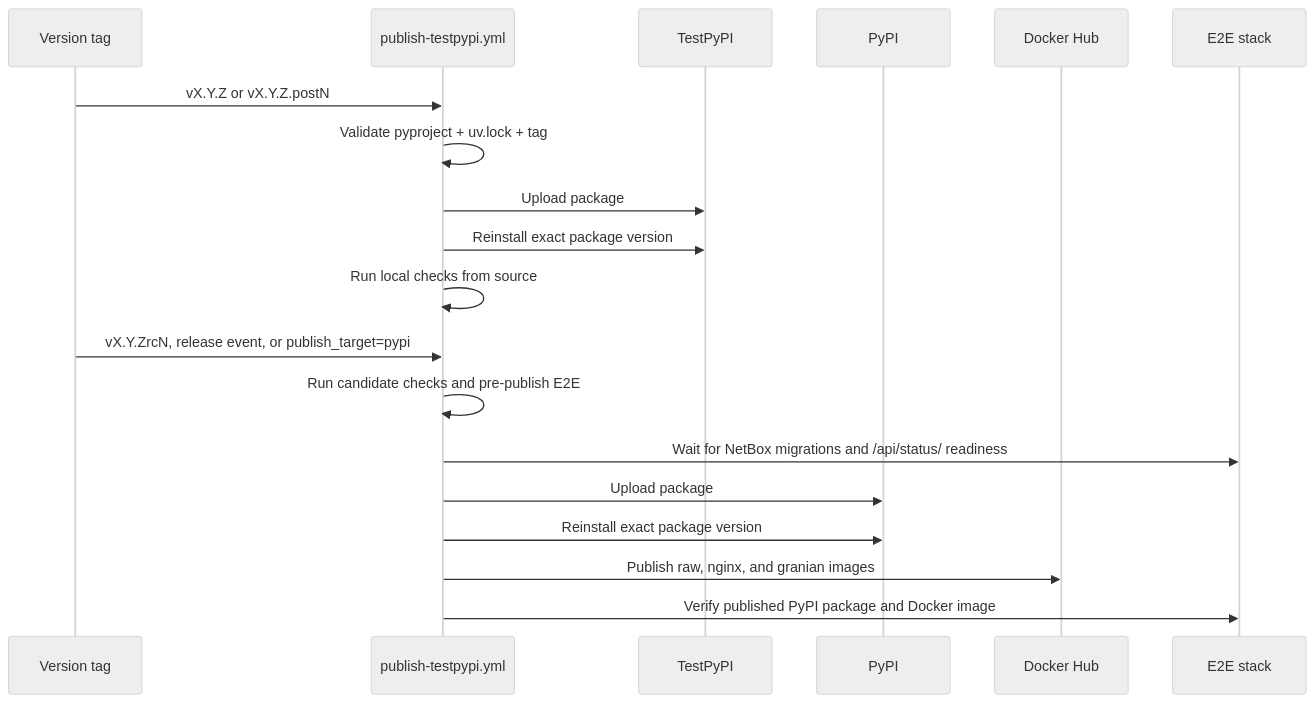
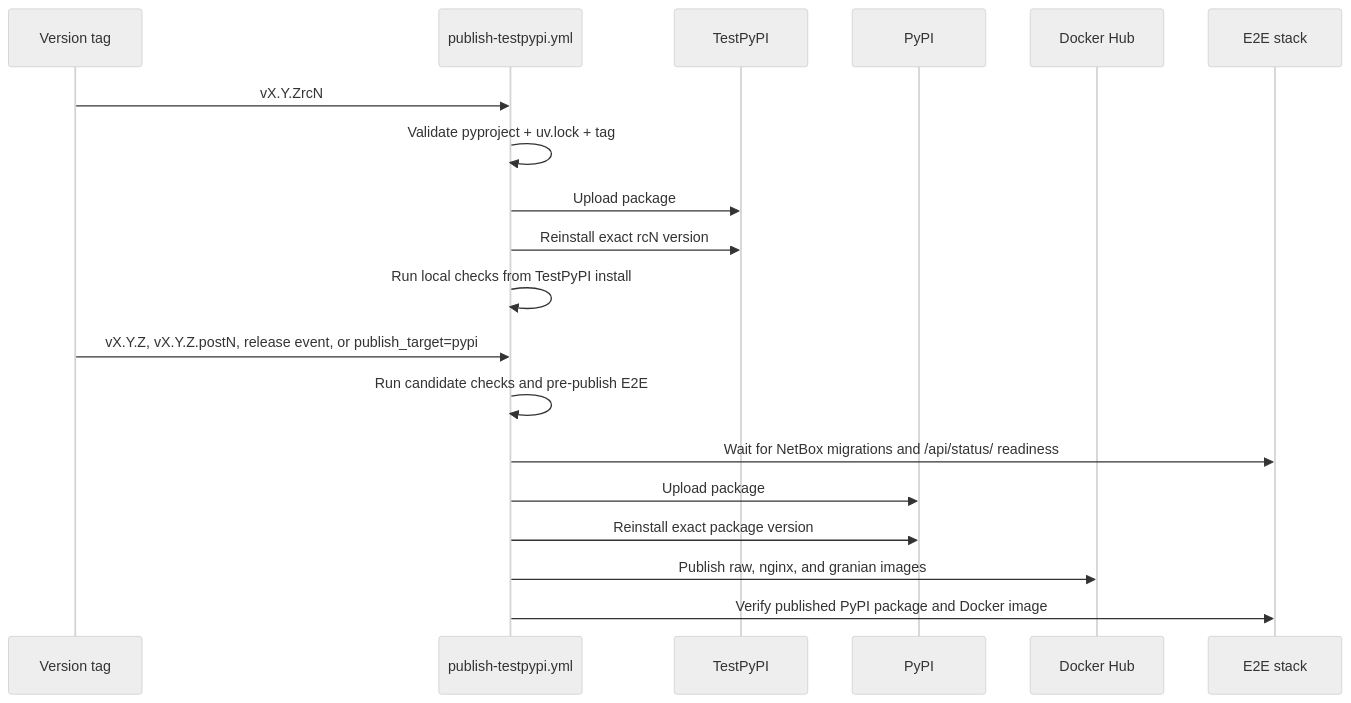
One commit to emersonfelipesp/proxbox-api changed the second of 2 diagrams in docs/development/release-publishing.md. Above: the diagram before and after it, drawn with Mermaid (neutral theme). The commit also changed other lines of this file and 3 other files, not shown here.

First line of the commit message:
docs(release): flip publish convention to rcN -> TestPyPI, non-rc -> PyPI

````diff
--- a/docs/development/release-publishing.md
+++ b/docs/development/release-publishing.md
@@ -52,23 +43,23 @@
 ```mermaid
 sequenceDiagram
     participant Tag as Version tag
     participant WF as publish-testpypi.yml
     participant TP as TestPyPI
     participant PY as PyPI
     participant DH as Docker Hub
     participant E2E as E2E stack
 
-    Tag->>WF: vX.Y.Z or vX.Y.Z.postN
+    Tag->>WF: vX.Y.ZrcN
     WF->>WF: Validate pyproject + uv.lock + tag
     WF->>TP: Upload package
-    WF->>TP: Reinstall exact package version
-    WF->>WF: Run local checks from source
+    WF->>TP: Reinstall exact rcN version
+    WF->>WF: Run local checks from TestPyPI install
 
-    Tag->>WF: vX.Y.ZrcN, release event, or publish_target=pypi
+    Tag->>WF: vX.Y.Z, vX.Y.Z.postN, release event, or publish_target=pypi
     WF->>WF: Run candidate checks and pre-publish E2E
     WF->>E2E: Wait for NetBox migrations and /api/status/ readiness
     WF->>PY: Upload package
     WF->>PY: Reinstall exact package version
     WF->>DH: Publish raw, nginx, and granian images
     WF->>E2E: Verify published PyPI package and Docker image
 ```
````
